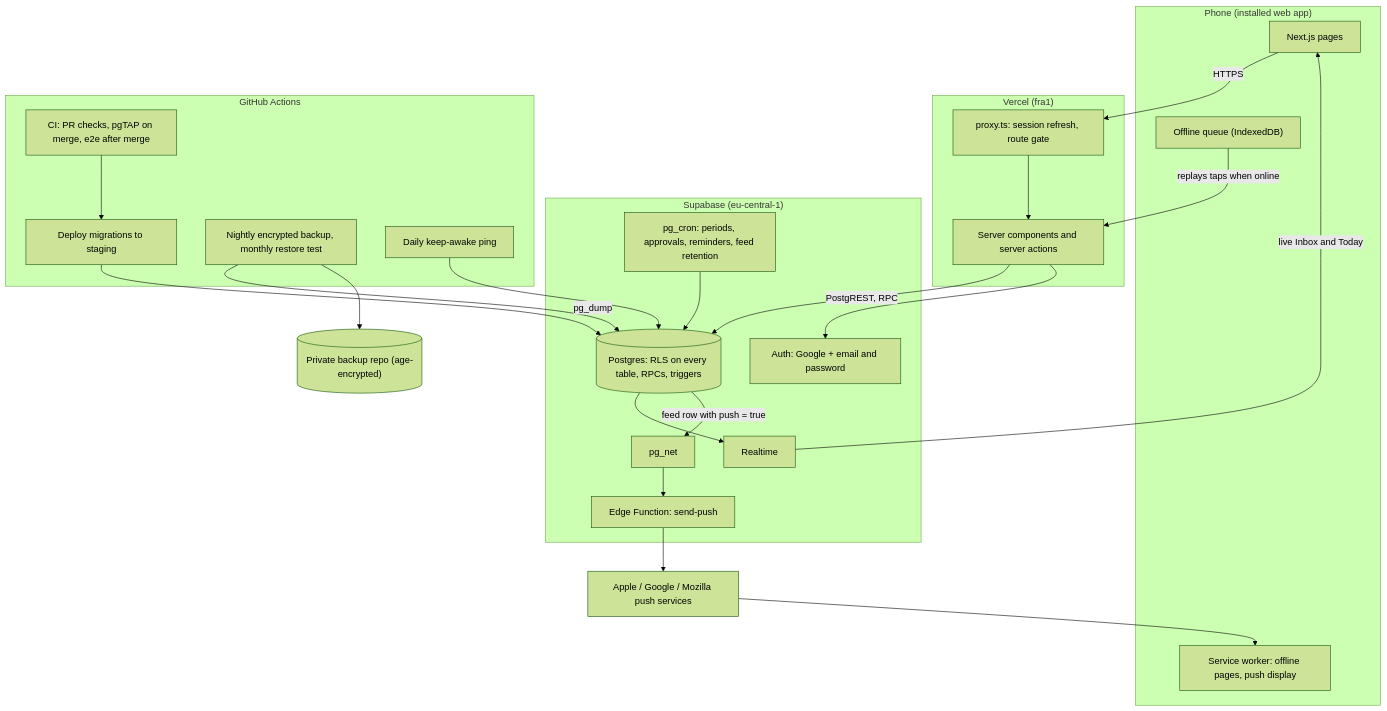
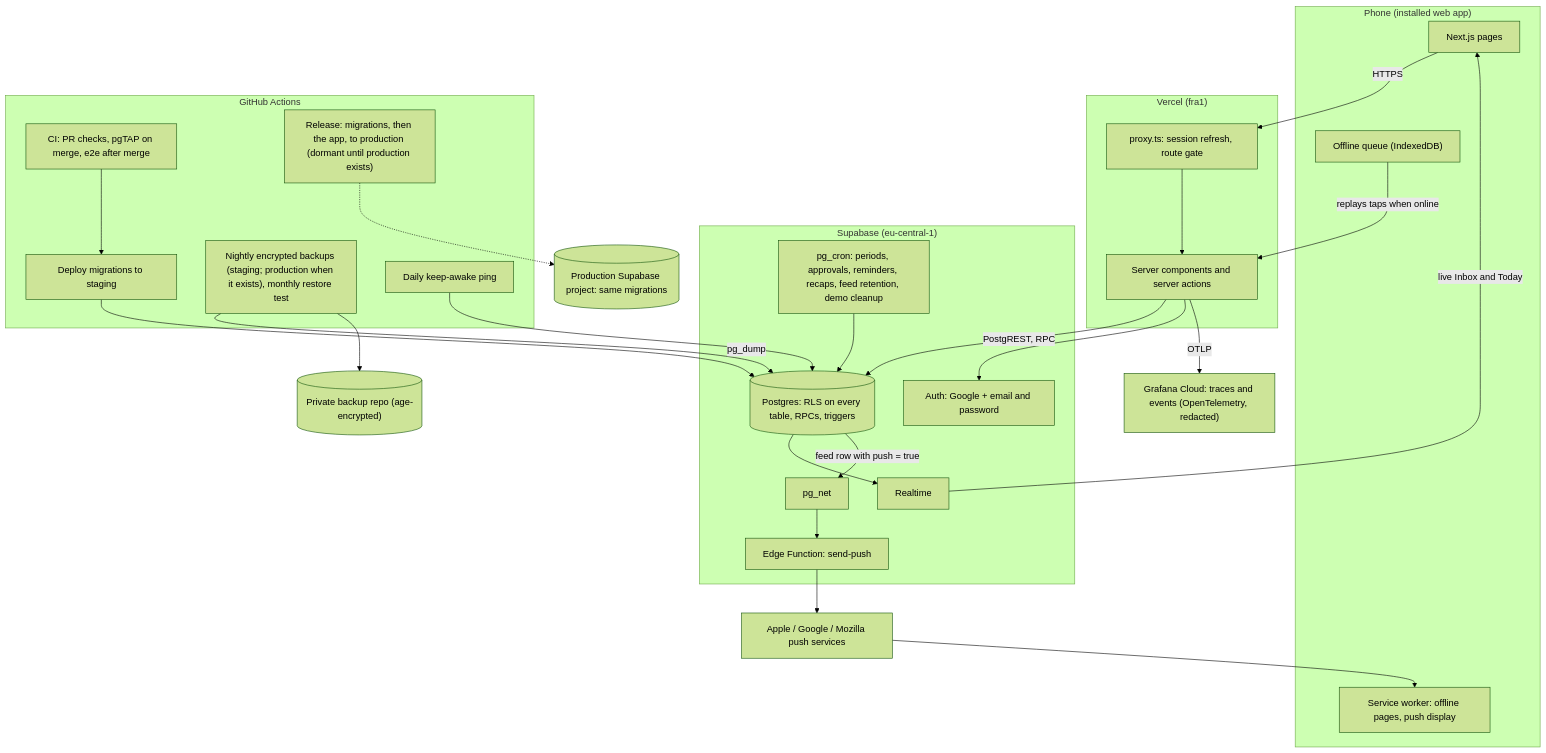
The first of 4 diagrams in docs/architecture.md (naum-4ik/keepup), drawn with Mermaid (forest theme) before and after one commit. The commit also changed other lines of this file and 1 other file, not shown here.

Commit message:
docs: README for v1
Proof first: live staging link and Try the demo, test badge from
scripts/count-tests.mjs, engineering highlights for M4-M6, How it was
built. Architecture: production deploy and backups (dormant until
production exists), export/delete live, Grafana Cloud telemetry.

````diff
--- a/docs/architecture.md
+++ b/docs/architecture.md
@@ -7,39 +7,43 @@
 ```mermaid
 flowchart TB
     subgraph Phone["Phone (installed web app)"]
         UI["Next.js pages"]
         SW["Service worker: offline pages, push display"]
         Q["Offline queue (IndexedDB)"]
     end
     subgraph Vercel["Vercel (fra1)"]
         Proxy["proxy.ts: session refresh, route gate"]
         Fn["Server components and server actions"]
     end
     subgraph Supabase["Supabase (eu-central-1)"]
         Auth["Auth: Google + email and password"]
         PG[("Postgres: RLS on every table, RPCs, triggers")]
         RT["Realtime"]
-        Cron["pg_cron: periods, approvals, reminders, feed retention"]
+        Cron["pg_cron: periods, approvals, reminders, recaps, feed retention, demo cleanup"]
         Net["pg_net"]
         Push["Edge Function: send-push"]
     end
     PushSvc["Apple / Google / Mozilla push services"]
     subgraph GitHub["GitHub Actions"]
         CI["CI: PR checks, pgTAP on merge, e2e after merge"]
         Deploy["Deploy migrations to staging"]
-        Backup["Nightly encrypted backup, monthly restore test"]
+        Release["Release: migrations, then the app, to production (dormant until production exists)"]
+        Backup["Nightly encrypted backups (staging; production when it exists), monthly restore test"]
         Keep["Daily keep-awake ping"]
     end
     Vault[("Private backup repo (age-encrypted)")]
+    Grafana["Grafana Cloud: traces and events (OpenTelemetry, redacted)"]
 
     UI -->|HTTPS| Proxy --> Fn -->|PostgREST, RPC| PG
     Fn --> Auth
     Q -->|replays taps when online| Fn
     PG --> RT -->|live Inbox and Today| UI
     Cron --> PG
     PG -->|feed row with push = true| Net --> Push --> PushSvc --> SW
     CI --> Deploy --> PG
+    Release -.-> ProdDB[("Production Supabase project: same migrations")]
+    Fn -->|OTLP| Grafana
     Backup -->|pg_dump| PG
     Backup --> Vault
     Keep --> PG
 ```
````
